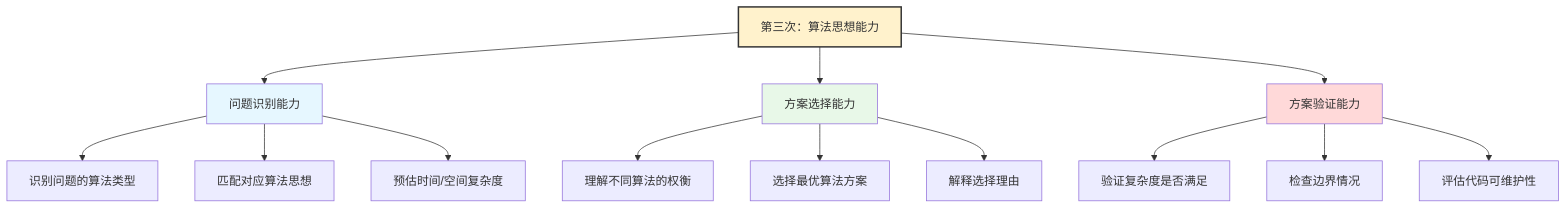
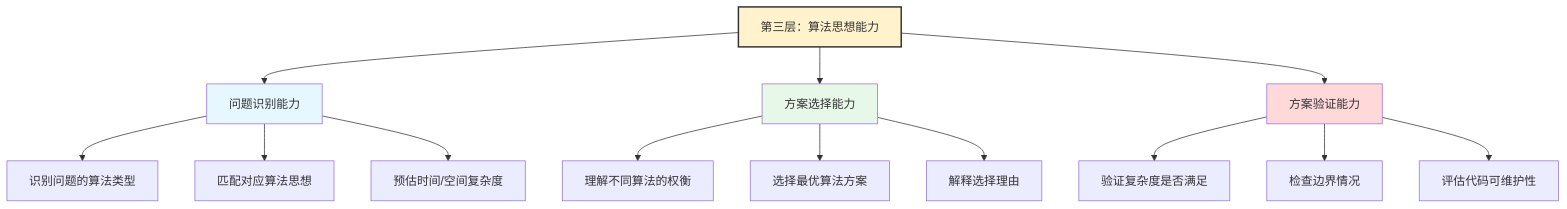
One commit to microwind/algorithms changed diagram 11 of 15 in start-here/AI-Era-Programmers-as-Agent-Engineers.md. Above: the diagram before and after it, drawn with Mermaid. The commit also changed other lines of this file, not shown here.

````diff
--- a/start-here/AI-Era-Programmers-as-Agent-Engineers.md
+++ b/start-here/AI-Era-Programmers-as-Agent-Engineers.md
@@ -508,25 +508,25 @@
 ```mermaid
 graph TD
-    A["第三次：算法思想能力"]
+    A["第三层：算法思想能力"]
 
     A --> B["问题识别能力"]
     A --> C["方案选择能力"]
     A --> D["方案验证能力"]
 
     B --> B1["识别问题的算法类型"]
     B --> B2["匹配对应算法思想"]
     B --> B3["预估时间/空间复杂度"]
 
     C --> C1["理解不同算法的权衡"]
     C --> C2["选择最优算法方案"]
     C --> C3["解释选择理由"]
 
     D --> D1["验证复杂度是否满足"]
     D --> D2["检查边界情况"]
     D --> D3["评估代码可维护性"]
 
     style A fill:#FFF2CC,stroke:#333,stroke-width:2px
     style B fill:#E6F7FF
     style C fill:#E8F8E8
     style D fill:#FFD9D9
 ```
````
